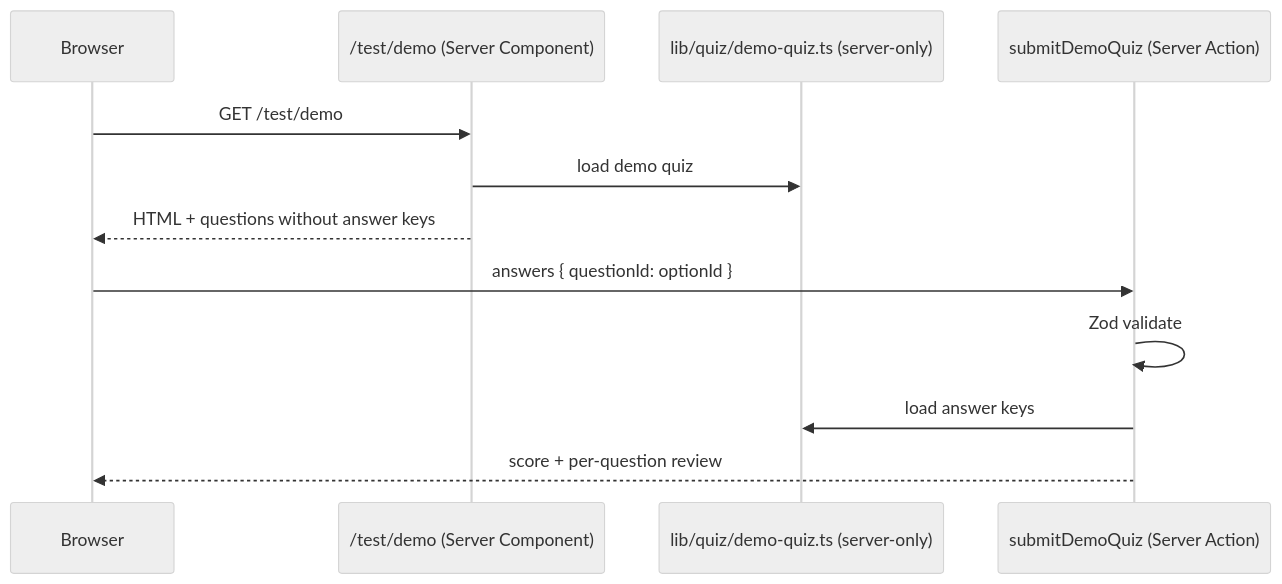
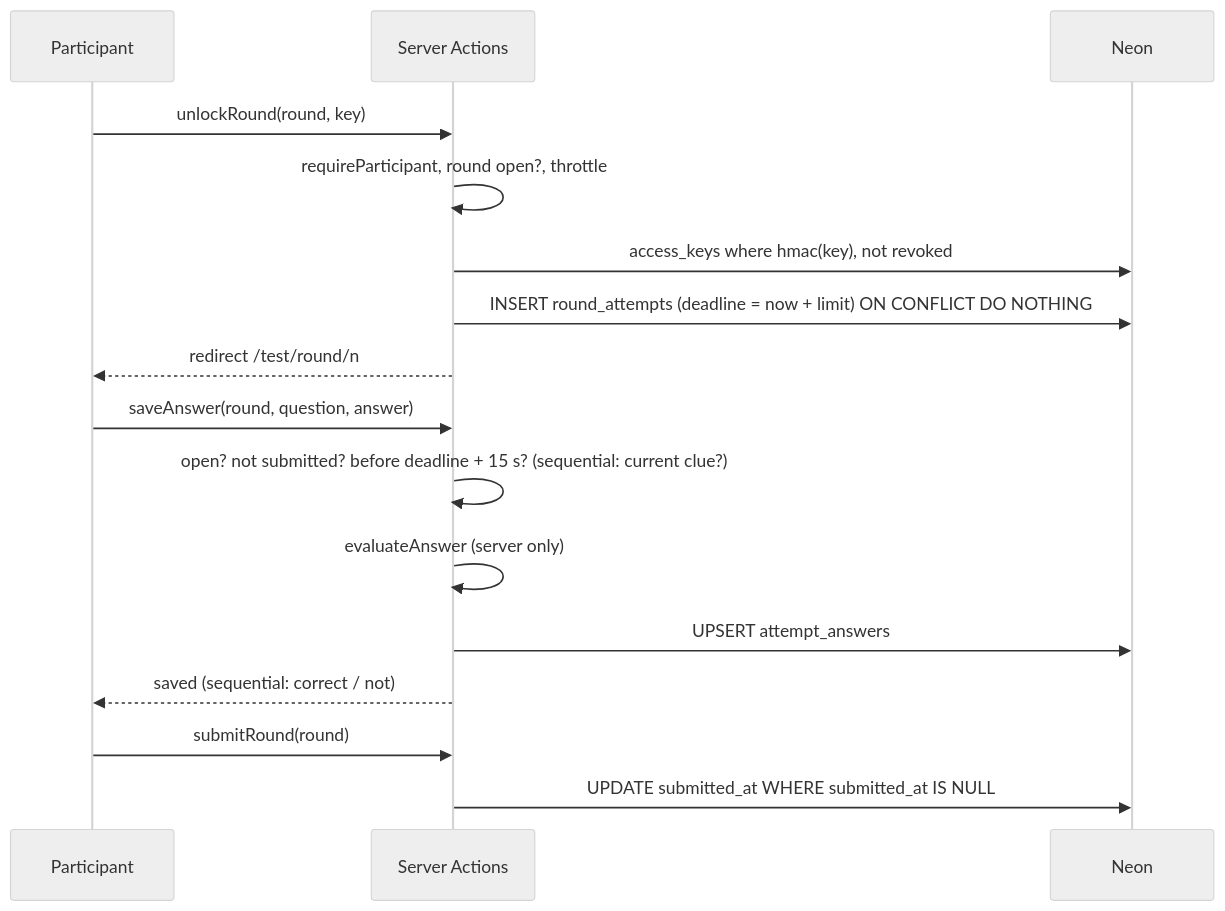
The second of 2 diagrams in docs/ARCHITECTURE.md (Technical-Events/TechBash), drawn with Mermaid (neutral theme) before and after one commit. The commit also changed other lines of this file and 8 other files, not shown here.

````diff
--- a/docs/ARCHITECTURE.md
+++ b/docs/ARCHITECTURE.md
@@ -99,14 +83,18 @@
 ```mermaid
 sequenceDiagram
-  participant U as Browser
-  participant P as /test/demo (Server Component)
-  participant D as lib/quiz/demo-quiz.ts (server-only)
-  participant A as submitDemoQuiz (Server Action)
-  U->>P: GET /test/demo
-  P->>D: load demo quiz
-  P-->>U: HTML + questions without answer keys
-  U->>A: answers { questionId: optionId }
-  A->>A: Zod validate
-  A->>D: load answer keys
-  A-->>U: score + per-question review
+  participant P as Participant
+  participant A as Server Actions
+  participant DB as Neon
+  P->>A: unlockRound(round, key)
+  A->>A: requireParticipant, round open?, throttle
+  A->>DB: access_keys where hmac(key), not revoked
+  A->>DB: INSERT round_attempts (deadline = now + limit) ON CONFLICT DO NOTHING
+  A-->>P: redirect /test/round/n
+  P->>A: saveAnswer(round, question, answer)
+  A->>A: open? not submitted? before deadline + 15 s? (sequential: current clue?)
+  A->>A: evaluateAnswer (server only)
+  A->>DB: UPSERT attempt_answers
+  A-->>P: saved (sequential: correct / not)
+  P->>A: submitRound(round)
+  A->>DB: UPDATE submitted_at WHERE submitted_at IS NULL
 ```
````
